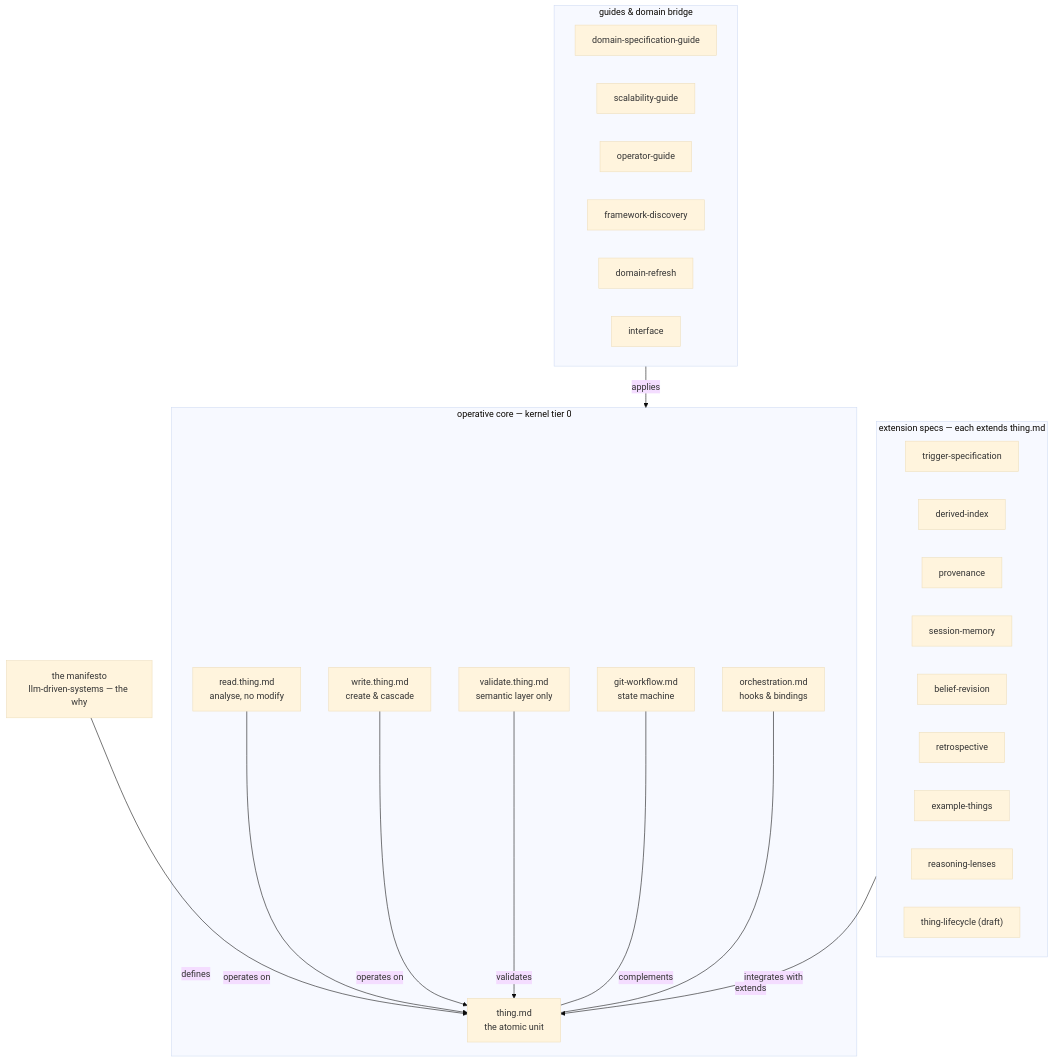
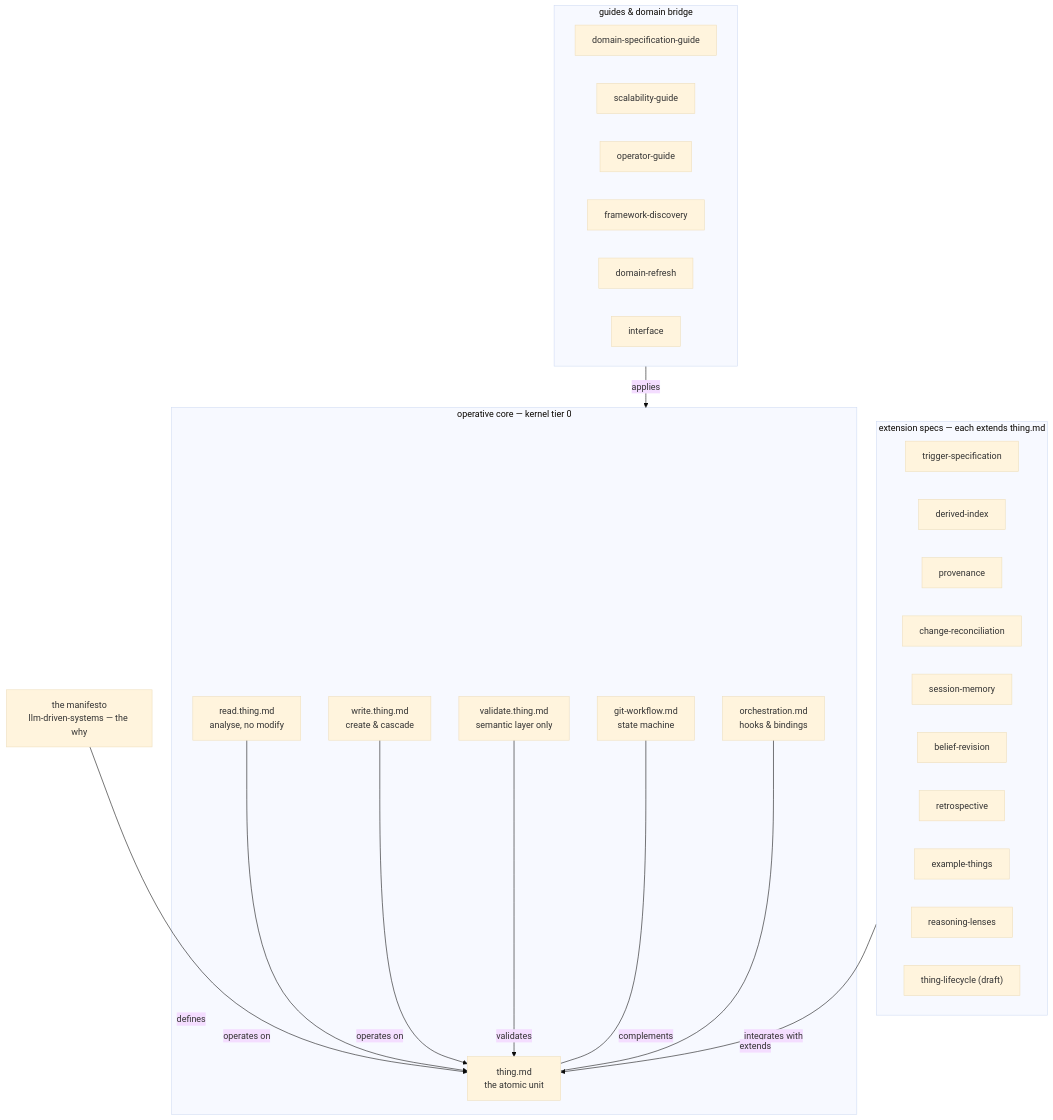
One commit to JanoshMoshiri/MarkdownLLM changed the second of 3 diagrams in framework-map.md. Above: the diagram before and after it, drawn with Mermaid (base theme). The commit also changed other lines of this file and 7 other files, not shown here.

````diff
--- a/framework-map.md
+++ b/framework-map.md
@@ -104,40 +104,41 @@
 ```mermaid
 flowchart TD
     MAN["the manifesto<br/>llm-driven-systems — the why"]
     subgraph core ["operative core — kernel tier 0"]
         GITW["git-workflow.md<br/>state machine"]
         THING["thing.md<br/>the atomic unit"]
         ORCH["orchestration.md<br/>hooks & bindings"]
         READ["read.thing.md<br/>analyse, no modify"]
         WRITE["write.thing.md<br/>create & cascade"]
         VAL["validate.thing.md<br/>semantic layer only"]
     end
     subgraph ext ["extension specs — each extends thing.md"]
         TRIG["trigger-specification"]
         DIDX["derived-index"]
         PROV["provenance"]
+        CRECON["change-reconciliation"]
         SMEM["session-memory"]
         BREV["belief-revision"]
         RETRO["retrospective"]
         EXTH["example-things"]
         LENS["reasoning-lenses"]
         LIFE["thing-lifecycle (draft)"]
     end
     subgraph guides ["guides & domain bridge"]
         DSG["domain-specification-guide"]
         SCAL["scalability-guide"]
         OPG["operator-guide"]
         DISC["framework-discovery"]
         REFR["domain-refresh"]
         IFACE["interface"]
     end
 
     MAN -->|defines| THING
     READ -->|operates on| THING
     WRITE -->|operates on| THING
     VAL -->|validates| THING
     GITW ---|complements| THING
     ORCH ---|integrates with| THING
     ext -->|extends| THING
     guides -->|applies| core
 ```
````
